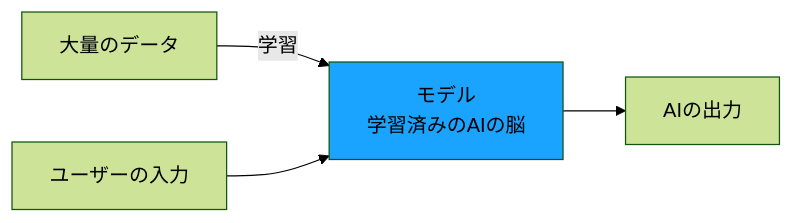
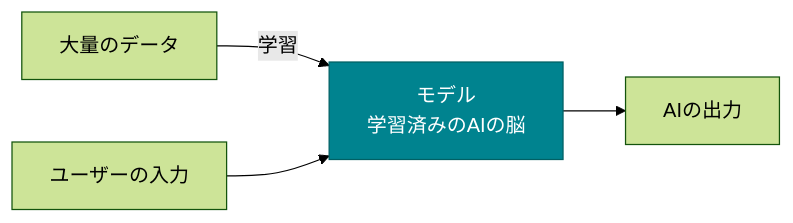
One commit to cyber-freaks-jp/AI_Driven_Development_Course changed the second of 3 diagrams in book/pages/モデルとは.md. Above: the diagram before and after it, drawn with Mermaid (forest theme). The commit also changed other lines of this file and 5 other files, not shown here.

````diff
--- a/book/pages/モデルとは.md
+++ b/book/pages/モデルとは.md
@@ -29,8 +29,8 @@
 ```mermaid
 graph LR
     A[大量のデータ] -->|学習| B[モデル<br/>学習済みのAIの脳]
     C[ユーザーの入力] --> B
     B --> D[AIの出力]
 
-    style B fill:#1aa3ff
+    style B fill:#00838F,color:#FFFFFF,stroke:#006064
 ```
````
